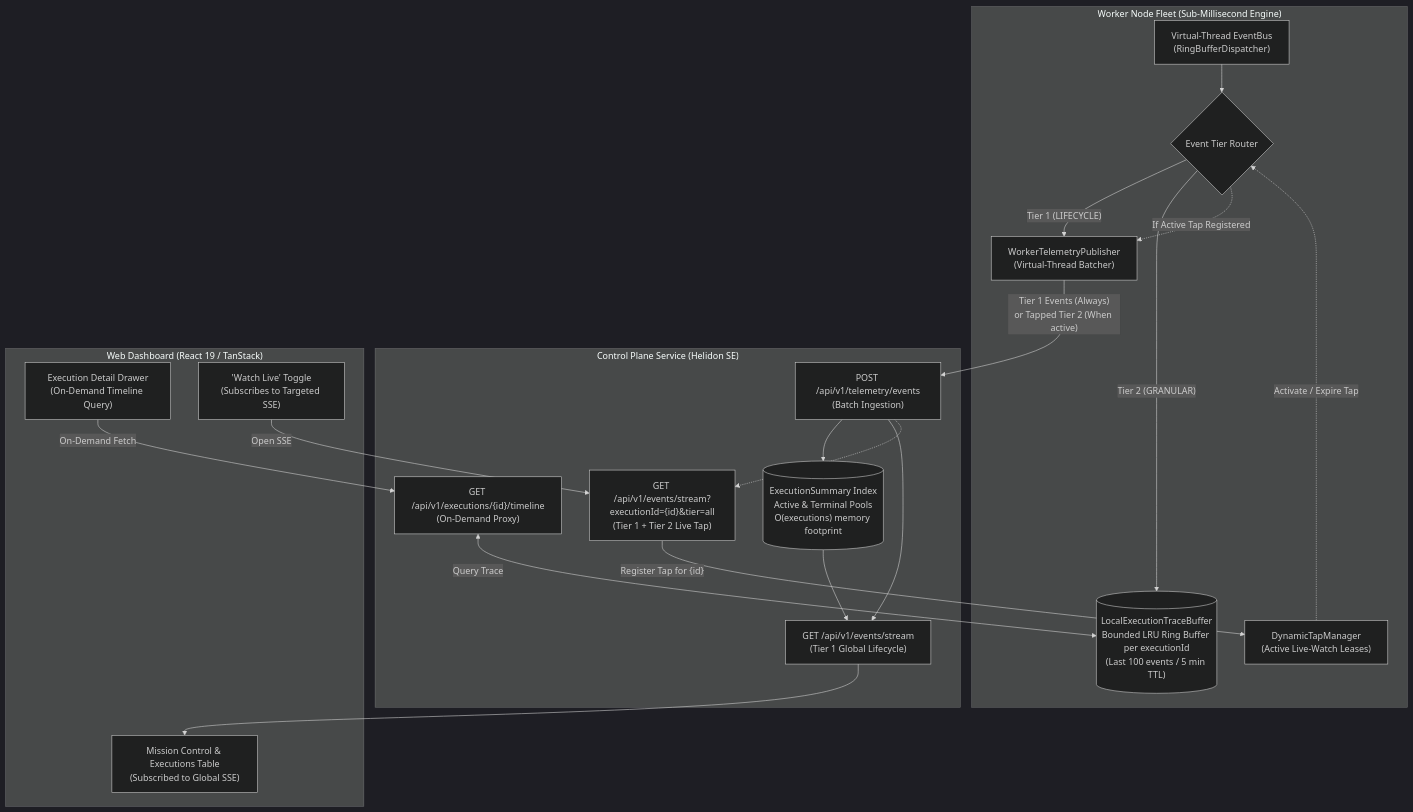
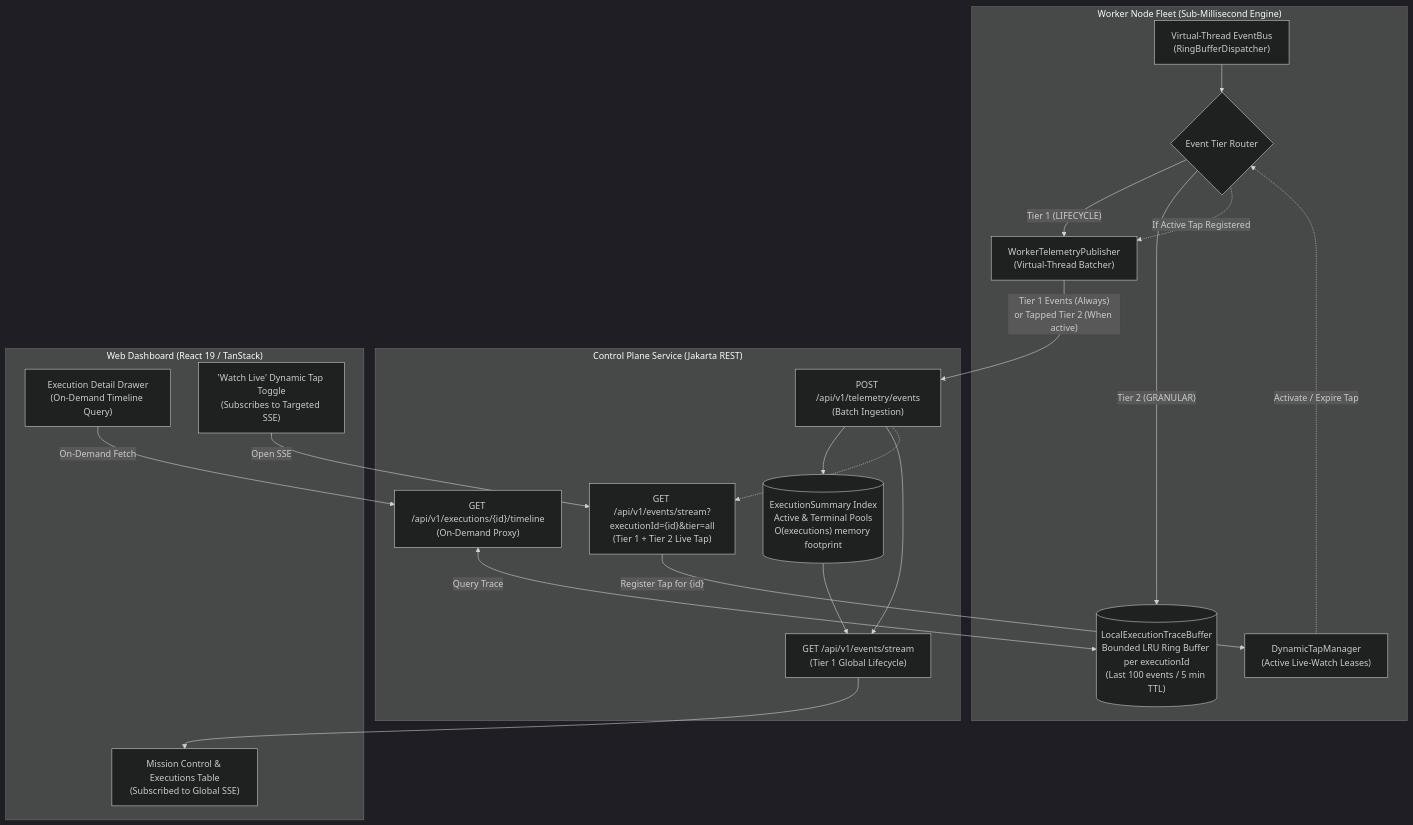
One commit to f442y/dispersion changed the second of 2 diagrams in ROADMAP.md. Above: the diagram before and after it, drawn with Mermaid (dark theme). The commit also changed other lines of this file and 74 other files, not shown here.

Commit message:
feat: tiered telemetry, dynamic tap manager, Jakarta REST server, Spring Boot 4 demo & docs overhaul

````diff
--- a/ROADMAP.md
+++ b/ROADMAP.md
@@ -143,42 +145,42 @@
 ```mermaid
 flowchart TD
     subgraph WORKER["Worker Node Fleet (Sub-Millisecond Engine)"]
         EB["Virtual-Thread EventBus<br/>(RingBufferDispatcher)"]
         ROUTER{"Event Tier Router"}
         TRACE_BUF[("LocalExecutionTraceBuffer<br/>Bounded LRU Ring Buffer per executionId<br/>(Last 100 events / 5 min TTL)")]
         PUB["WorkerTelemetryPublisher<br/>(Virtual-Thread Batcher)"]
         TAP_MGR["DynamicTapManager<br/>(Active Live-Watch Leases)"]
 
         EB --> ROUTER
         ROUTER -->|"Tier 1 (LIFECYCLE)"| PUB
         ROUTER -->|"Tier 2 (GRANULAR)"| TRACE_BUF
         ROUTER -.->|"If Active Tap Registered"| PUB
         TAP_MGR -.->|"Activate / Expire Tap"| ROUTER
     end
 
-    subgraph CP["Control Plane Service (Helidon SE)"]
+    subgraph CP["Control Plane Service (Jakarta REST)"]
         INGRESS["POST /api/v1/telemetry/events<br/>(Batch Ingestion)"]
         GLOBAL_IDX[("ExecutionSummary Index<br/>Active & Terminal Pools<br/>O(executions) memory footprint")]
         TIMELINE_EP["GET /api/v1/executions/{id}/timeline<br/>(On-Demand Proxy)"]
         SSE_GLOBAL["GET /api/v1/events/stream<br/>(Tier 1 Global Lifecycle)"]
         SSE_TARGET["GET /api/v1/events/stream?executionId={id}&tier=all<br/>(Tier 1 + Tier 2 Live Tap)"]
 
         INGRESS --> GLOBAL_IDX
         INGRESS --> SSE_GLOBAL
         INGRESS -.-> SSE_TARGET
     end
 
     subgraph UI["Web Dashboard (React 19 / TanStack)"]
         DASH["Mission Control & Executions Table<br/>(Subscribed to Global SSE)"]
         DRAWER["Execution Detail Drawer<br/>(On-Demand Timeline Query)"]
-        WATCH_BTN["'Watch Live' Toggle<br/>(Subscribes to Targeted SSE)"]
+        WATCH_BTN["'Watch Live' Dynamic Tap Toggle<br/>(Subscribes to Targeted SSE)"]
     end
 
     PUB -->|"Tier 1 Events (Always)<br/>or Tapped Tier 2 (When active)"| INGRESS
     GLOBAL_IDX --> SSE_GLOBAL
     SSE_GLOBAL --> DASH
     DRAWER -->|"On-Demand Fetch"| TIMELINE_EP
     TIMELINE_EP <-->|"Query Trace"| TRACE_BUF
     WATCH_BTN -->|"Open SSE"| SSE_TARGET
     SSE_TARGET -->|"Register Tap for {id}"| TAP_MGR
 ```
````
